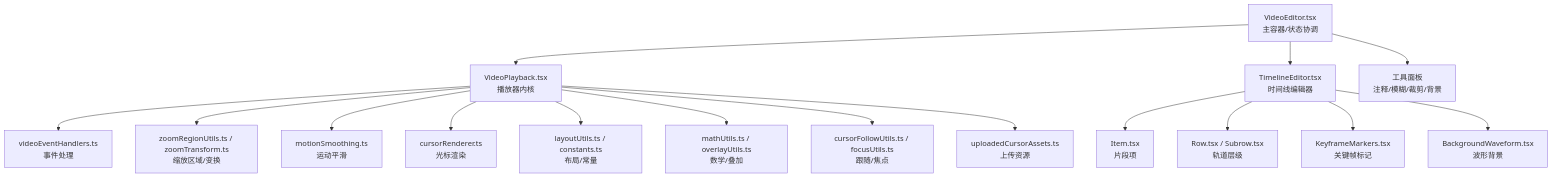
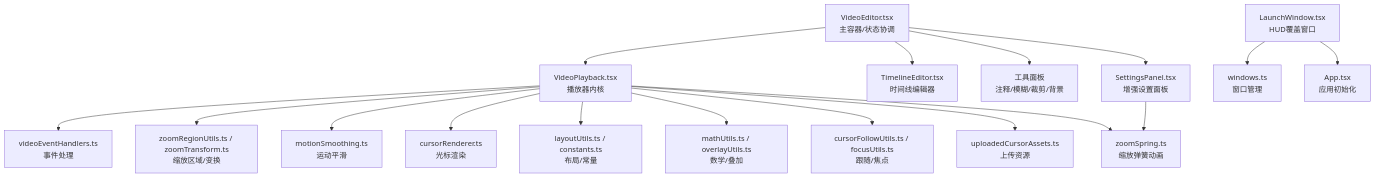
One commit to zhanggmin/openscreen changed the second of 9 diagrams in .qoder/repowiki/zh/content/视频编辑系统/视频编辑系统.md. Above: the diagram before and after it, drawn with Mermaid. The commit also changed other lines of this file and 68 other files, not shown here.

Commit message:
开发图文编辑功能

````diff
--- a/.qoder/repowiki/zh/content/视频编辑系统/视频编辑系统.md
+++ b/.qoder/repowiki/zh/content/视频编辑系统/视频编辑系统.md
@@ -171,18 +204,19 @@
 ```mermaid
 graph TB
 A["VideoEditor.tsx<br/>主容器/状态协调"] --> B["VideoPlayback.tsx<br/>播放器内核"]
 A --> C["TimelineEditor.tsx<br/>时间线编辑器"]
 A --> D["工具面板<br/>注释/模糊/裁剪/背景"]
-C --> C1["Item.tsx<br/>片段项"]
-C --> C2["Row.tsx / Subrow.tsx<br/>轨道层级"]
-C --> C3["KeyframeMarkers.tsx<br/>关键帧标记"]
-C --> C4["BackgroundWaveform.tsx<br/>波形背景"]
+A --> E["SettingsPanel.tsx<br/>增强设置面板"]
 B --> B1["videoEventHandlers.ts<br/>事件处理"]
 B --> B2["zoomRegionUtils.ts / zoomTransform.ts<br/>缩放区域/变换"]
 B --> B3["motionSmoothing.ts<br/>运动平滑"]
 B --> B4["cursorRenderer.ts<br/>光标渲染"]
 B --> B5["layoutUtils.ts / constants.ts<br/>布局/常量"]
 B --> B6["mathUtils.ts / overlayUtils.ts<br/>数学/叠加"]
 B --> B7["cursorFollowUtils.ts / focusUtils.ts<br/>跟随/焦点"]
 B --> B8["uploadedCursorAssets.ts<br/>上传资源"]
+B --> ZS["zoomSpring.ts<br/>缩放弹簧动画"]
+E --> ZS
+F["LaunchWindow.tsx<br/>HUD覆盖窗口"] --> F1["windows.ts<br/>窗口管理"]
+F --> F2["App.tsx<br/>应用初始化"]
 ```
````
